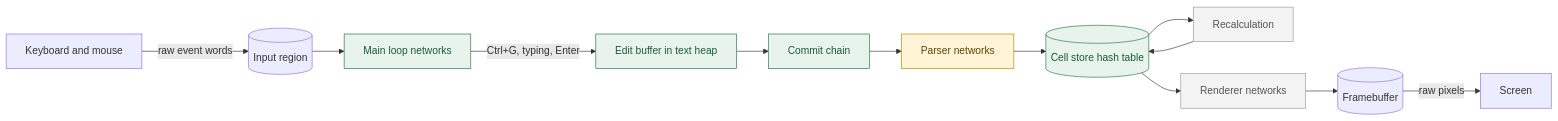
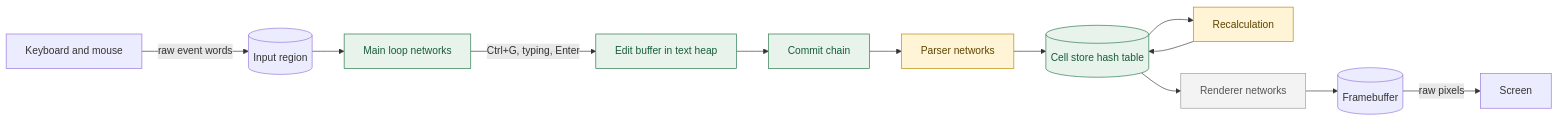
The first of 2 diagrams in README.md (dirktheeng/WeightSpaceExcel), drawn with Mermaid before and after one commit. The commit also changed other lines of this file and 24 other files, not shown here.

````diff
--- a/README.md
+++ b/README.md
@@ -15,20 +15,20 @@
 ```mermaid
 flowchart LR
     K[Keyboard and mouse] -->|raw event words| IN[(Input region)]
     IN --> ML[Main loop networks]
     ML -->|Ctrl+G, typing, Enter| ED[Edit buffer in text heap]
     ED --> CM[Commit chain]
     CM --> P[Parser networks]
     P --> CS[(Cell store hash table)]
     CS --> CALC[Recalculation]
     CALC --> CS
     CS --> R[Renderer networks]
     R --> FB[(Framebuffer)]
     FB -->|raw pixels| SCREEN[Screen]
     classDef done fill:#e8f3ec,stroke:#217346,color:#185c37;
     classDef wip fill:#fff4d6,stroke:#b38600,color:#5c4500;
     classDef todo fill:#f3f3f3,stroke:#999,color:#555;
     class ML,ED,CM,CS done;
-    class P wip;
-    class CALC,R todo;
+    class P,CALC wip;
+    class R todo;
 ```
````
